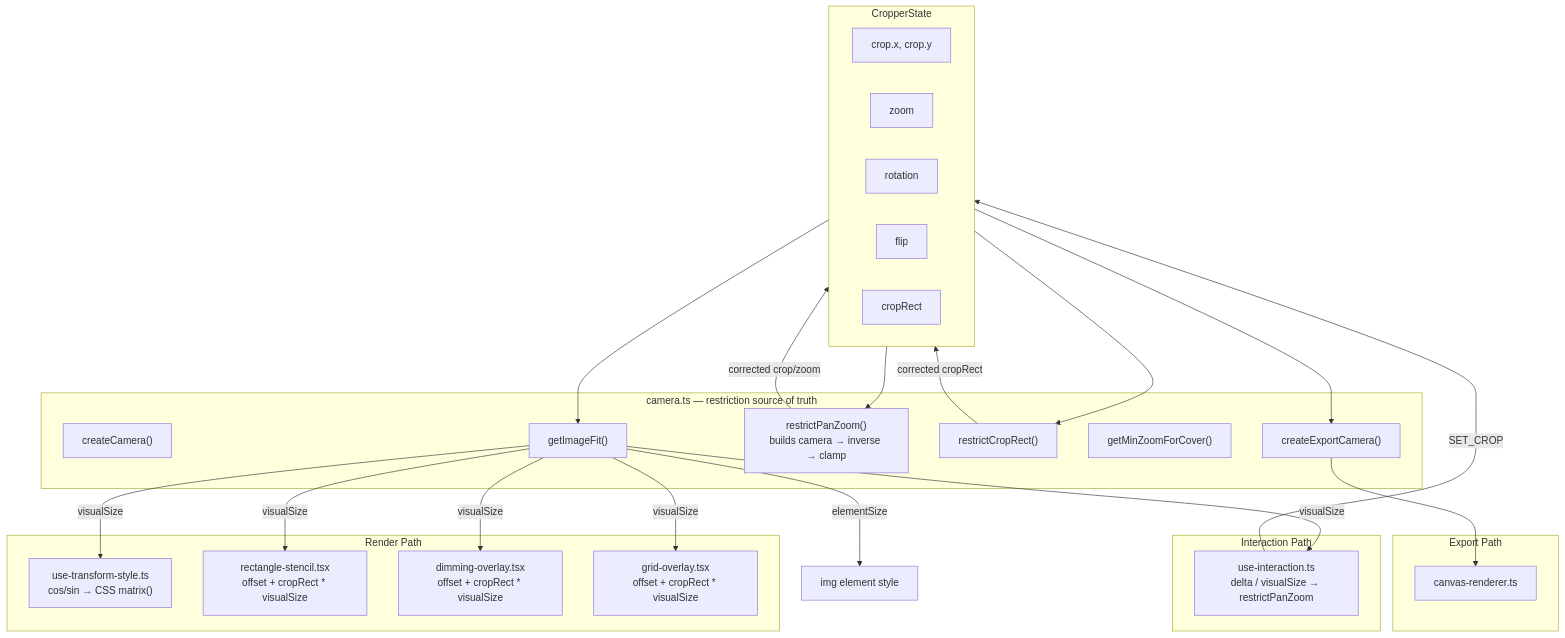
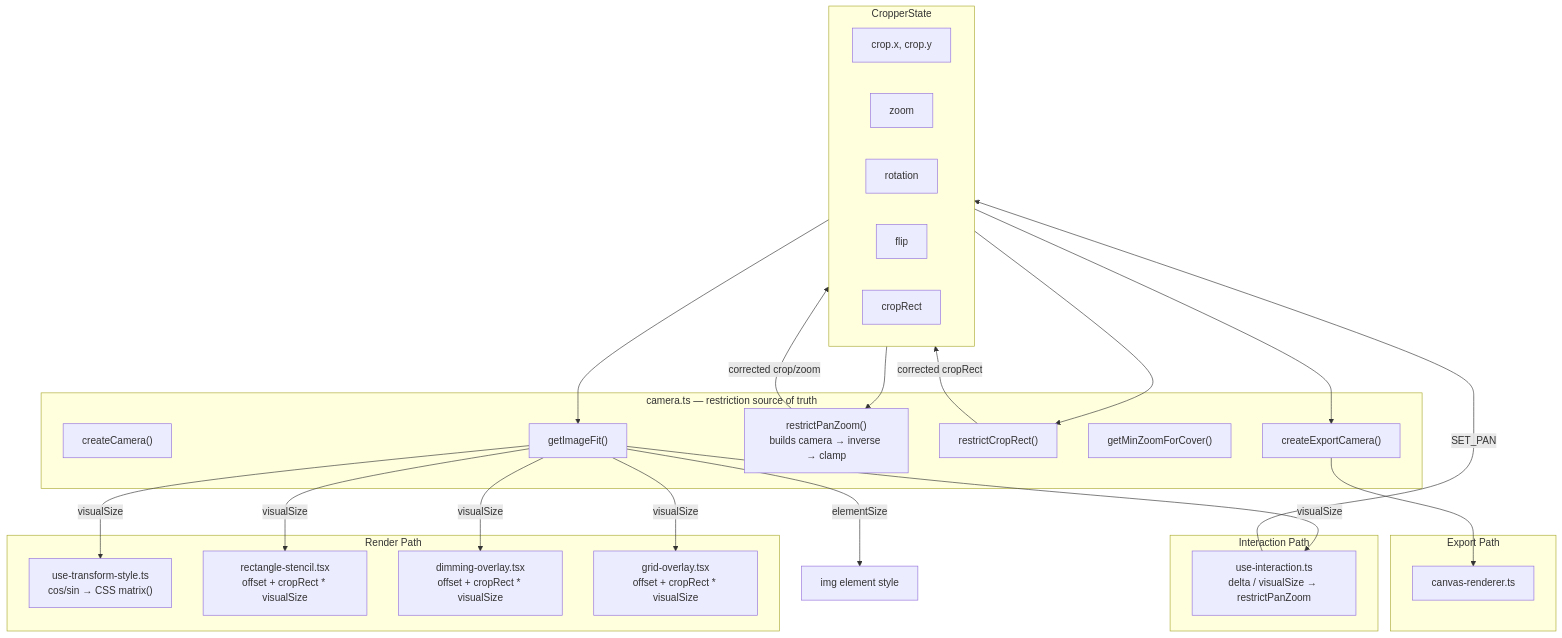
One commit to ramonjd/gutenberg changed the diagram in packages/media-editor/src/image-editor/docs/architecture.md. Above: the diagram before and after it, drawn with Mermaid. The commit also changed 19 other files, not shown here.

First line of the commit message:
refactor(media-editor): rename crop pan field, rAF resize, typed exports

````diff
--- a/packages/media-editor/src/image-editor/docs/architecture.md
+++ b/packages/media-editor/src/image-editor/docs/architecture.md
@@ -15,51 +15,51 @@
 ```mermaid
 graph TD
     subgraph State["CropperState"]
         crop["crop.x, crop.y"]
         zoom["zoom"]
         rotation["rotation"]
         flip["flip"]
         cropRect["cropRect"]
     end
 
     subgraph Camera["camera.ts — restriction source of truth"]
         createCamera["createCamera()"]
         getImageFit["getImageFit()"]
         restrictPanZoom["restrictPanZoom()\nbuilds camera → inverse → clamp"]
         restrictCropRect["restrictCropRect()"]
         getMinZoomForCover["getMinZoomForCover()"]
         createExportCamera["createExportCamera()"]
     end
 
     subgraph Rendering["Render Path"]
         useTransformStyle["use-transform-style.ts\ncos/sin → CSS matrix()"]
         stencil["rectangle-stencil.tsx\noffset + cropRect * visualSize"]
         dimming["dimming-overlay.tsx\noffset + cropRect * visualSize"]
         grid["grid-overlay.tsx\noffset + cropRect * visualSize"]
     end
 
     subgraph Interaction["Interaction Path"]
         useInteraction["use-interaction.ts\ndelta / visualSize → restrictPanZoom"]
     end
 
     subgraph Export["Export Path"]
         canvasRenderer["canvas-renderer.ts"]
     end
 
     State --> restrictPanZoom
     State --> restrictCropRect
     restrictPanZoom --> |"corrected crop/zoom"| State
     restrictCropRect --> |"corrected cropRect"| State
 
     State --> getImageFit
     getImageFit --> |"elementSize"| imgStyle["img element style"]
     getImageFit --> |"visualSize"| stencil
     getImageFit --> |"visualSize"| dimming
     getImageFit --> |"visualSize"| grid
     getImageFit --> |"visualSize"| useInteraction
     getImageFit --> |"visualSize"| useTransformStyle
 
-    useInteraction --> |"SET_CROP"| State
+    useInteraction --> |"SET_PAN"| State
 
     State --> createExportCamera --> canvasRenderer
 ```
````
